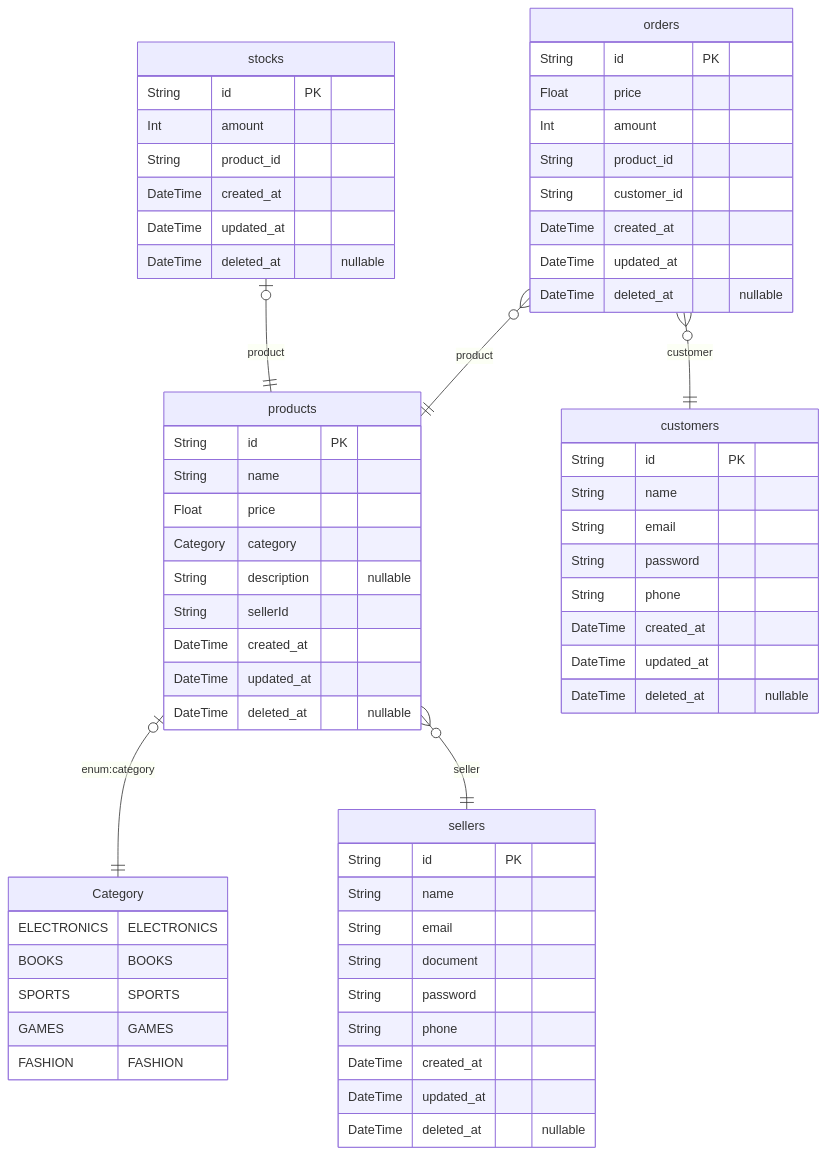
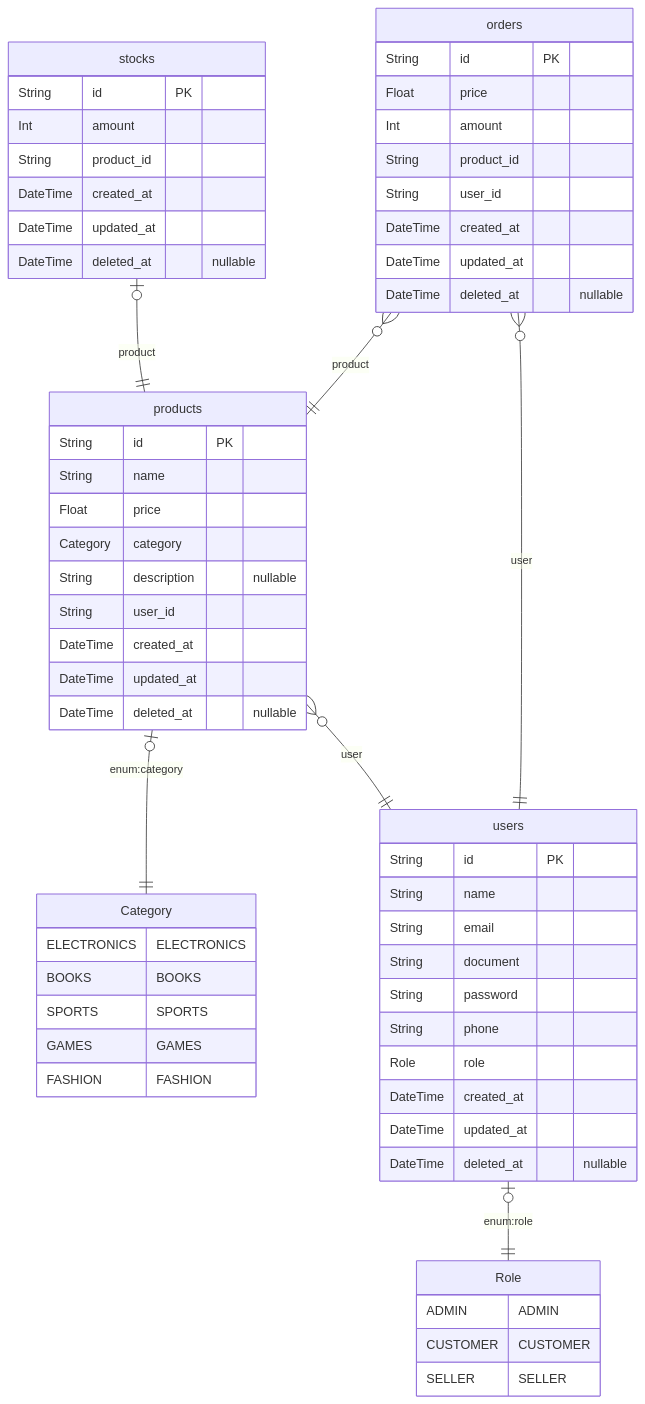
Before and after one commit to ThiagoRDS-042/graphql-simple-api: the diagram in src/docs/diagrams/diagram_erd.md, drawn with Mermaid. The commit also changed 79 other files, not shown here.

````diff
--- a/src/docs/diagrams/diagram_erd.md
+++ b/src/docs/diagrams/diagram_erd.md
@@ -1,76 +1,74 @@
 ```mermaid
 erDiagram
+
+        Role {
+            ADMIN ADMIN
+CUSTOMER CUSTOMER
+SELLER SELLER
+        }
+    
+
 
         Category {
             ELECTRONICS ELECTRONICS
 BOOKS BOOKS
 SPORTS SPORTS
 GAMES GAMES
 FASHION FASHION
         }
     
-  customers {
-    String id PK 
-    String name  
-    String email  
-    String password  
-    String phone  
-    DateTime created_at  
-    DateTime updated_at  
-    DateTime deleted_at  "nullable"
-    }
-  
-
-  sellers {
+  users {
     String id PK 
     String name  
     String email  
     String document  
     String password  
     String phone  
+    Role role  
     DateTime created_at  
     DateTime updated_at  
     DateTime deleted_at  "nullable"
     }
   
 
   products {
     String id PK 
     String name  
     Float price  
     Category category  
     String description  "nullable"
-    String sellerId  
+    String user_id  
     DateTime created_at  
     DateTime updated_at  
     DateTime deleted_at  "nullable"
     }
   
 
   stocks {
     String id PK 
     Int amount  
     String product_id  
     DateTime created_at  
     DateTime updated_at  
     DateTime deleted_at  "nullable"
     }
   
 
   orders {
     String id PK 
     Float price  
     Int amount  
     String product_id  
-    String customer_id  
+    String user_id  
     DateTime created_at  
     DateTime updated_at  
     DateTime deleted_at  "nullable"
     }
   
+    users o|--|| Role : "enum:role"
     products o|--|| Category : "enum:category"
-    products o{--|| sellers : "seller"
+    products o{--|| users : "user"
     stocks o|--|| products : "product"
     orders o{--|| products : "product"
-    orders o{--|| customers : "customer"
+    orders o{--|| users : "user"
 ```
````
